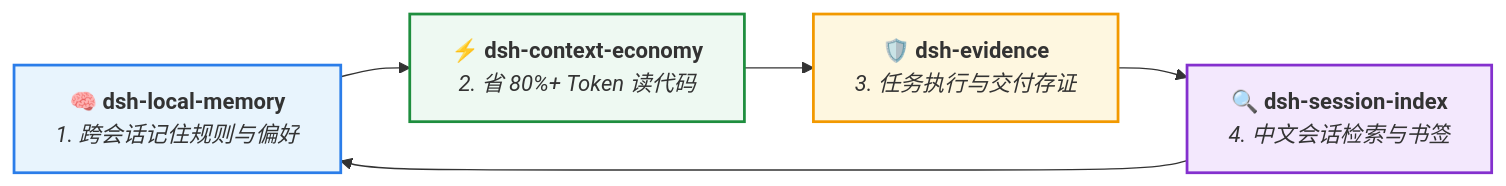
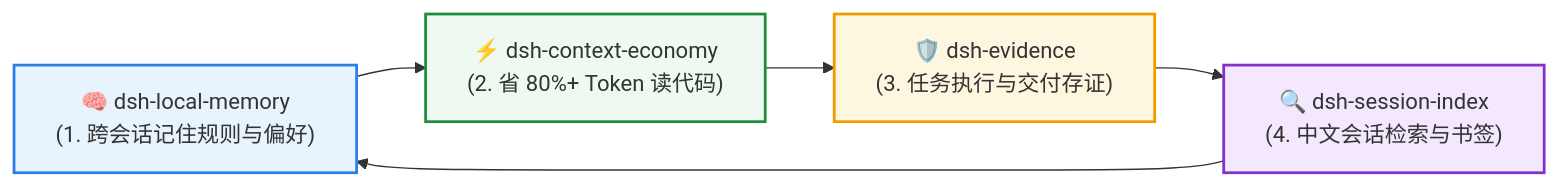
Before and after one commit to huangjua/dsh-session-index: the diagram in README_zh.md, drawn with Mermaid. The commit also changed 1 other file, not shown here.

Commit message:
docs: fix Mermaid syntax for GitHub renderer

````diff
--- a/README_zh.md
+++ b/README_zh.md
@@ -51,13 +51,12 @@
 ```mermaid
-graph LR
-    M["🧠 <b>dsh-local-memory</b><br/><i>1. 跨会话记住规则与偏好</i>"] 
-    --> E["⚡ <b>dsh-context-economy</b><br/><i>2. 省 80%+ Token 读代码</i>"]
-    --> A["🛡️ <b>dsh-evidence</b><br/><i>3. 任务执行与交付存证</i>"]
-    --> S["🔍 <b>dsh-session-index</b><br/><i>4. 中文会话检索与书签</i>"]
-    --> M
+flowchart LR
+    M["🧠 dsh-local-memory<br>(1. 跨会话记住规则与偏好)"] --> E["⚡ dsh-context-economy<br>(2. 省 80%+ Token 读代码)"]
+    E --> A["🛡️ dsh-evidence<br>(3. 任务执行与交付存证)"]
+    A --> S["🔍 dsh-session-index<br>(4. 中文会话检索与书签)"]
+    S --> M
 
-    style M fill:#e8f4fd,stroke:#2b7de9,stroke-width:2px;
-    style E fill:#eef9f2,stroke:#1e8e3e,stroke-width:2px;
-    style A fill:#fef7e0,stroke:#f29900,stroke-width:2px;
-    style S fill:#f3e8fd,stroke:#8430ce,stroke-width:2px;
+    style M fill:#e8f4fd,stroke:#2b7de9,stroke-width:2px
+    style E fill:#eef9f2,stroke:#1e8e3e,stroke-width:2px
+    style A fill:#fef7e0,stroke:#f29900,stroke-width:2px
+    style S fill:#f3e8fd,stroke:#8430ce,stroke-width:2px
 ```
````
